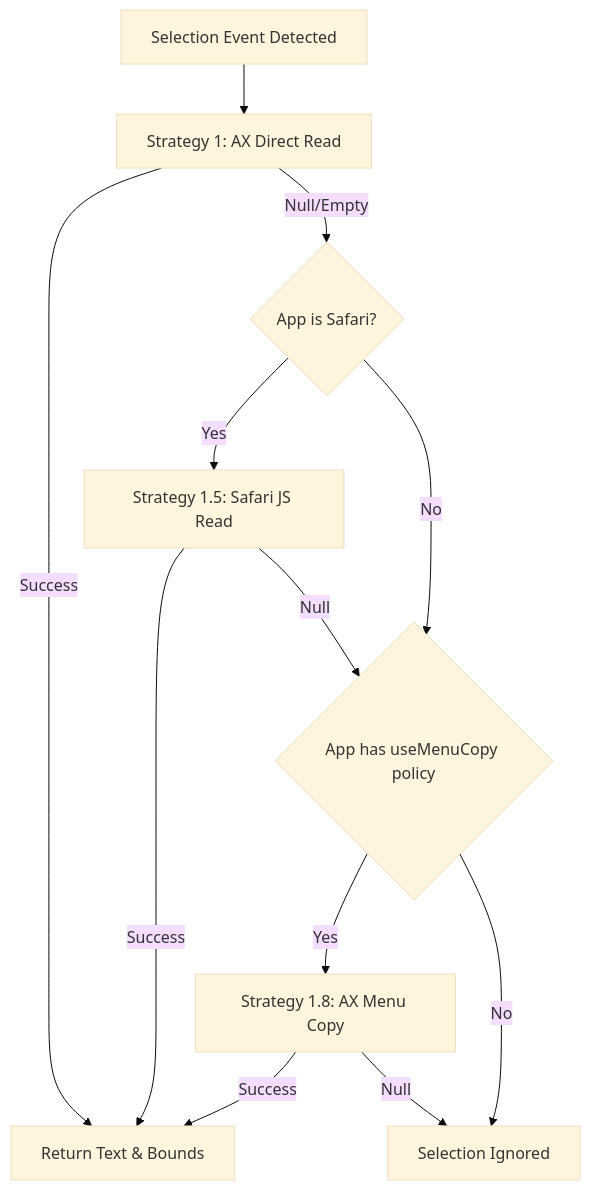
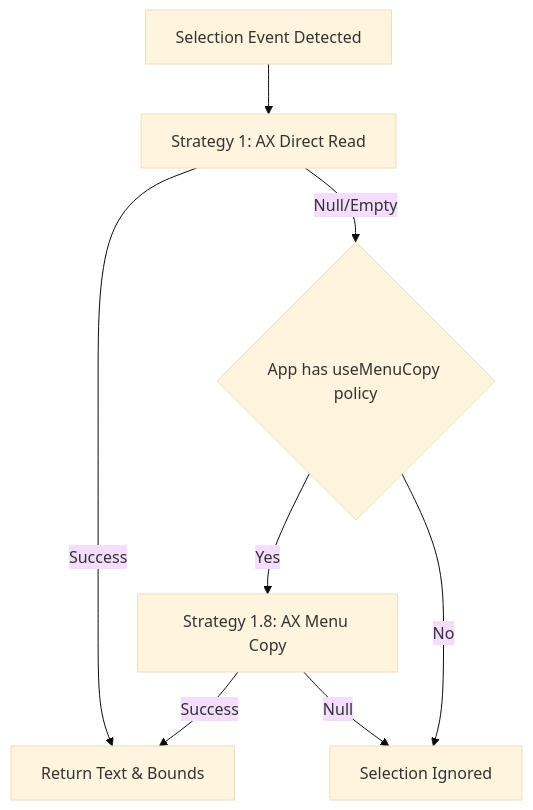
Before and after one commit to ganeshmshetty/openclip: the diagram in docs/architecture/text-selection.md, drawn with Mermaid (base theme). The commit also changed other lines of this file and 38 other files, not shown here.

````diff
--- a/docs/architecture/text-selection.md
+++ b/docs/architecture/text-selection.md
@@ -43,18 +43,13 @@
 ```mermaid
 flowchart TD
  Start[Selection Event Detected] --> StrategyAX[Strategy 1: AX Direct Read]
 
  StrategyAX -- Success --> ReturnResult[Return Text & Bounds]
- StrategyAX -- Null/Empty --> SafariCheck{App is Safari?}
-
- SafariCheck -- Yes --> StrategySafari[Strategy 1.5: Safari JS Read]
- SafariCheck -- No --> MenuCopyCheck{App has useMenuCopy policy}
+ StrategyAX -- Null/Empty --> MenuCopyCheck{App has useMenuCopy policy}
 
  MenuCopyCheck -- Yes --> StrategyMenuCopy[Strategy 1.8: AX Menu Copy]
  MenuCopyCheck -- No --> Fail[Selection Ignored]
 
- StrategySafari -- Success --> ReturnResult
- StrategySafari -- Null --> MenuCopyCheck
  StrategyMenuCopy -- Success --> ReturnResult
  StrategyMenuCopy -- Null --> Fail
 ```
````
